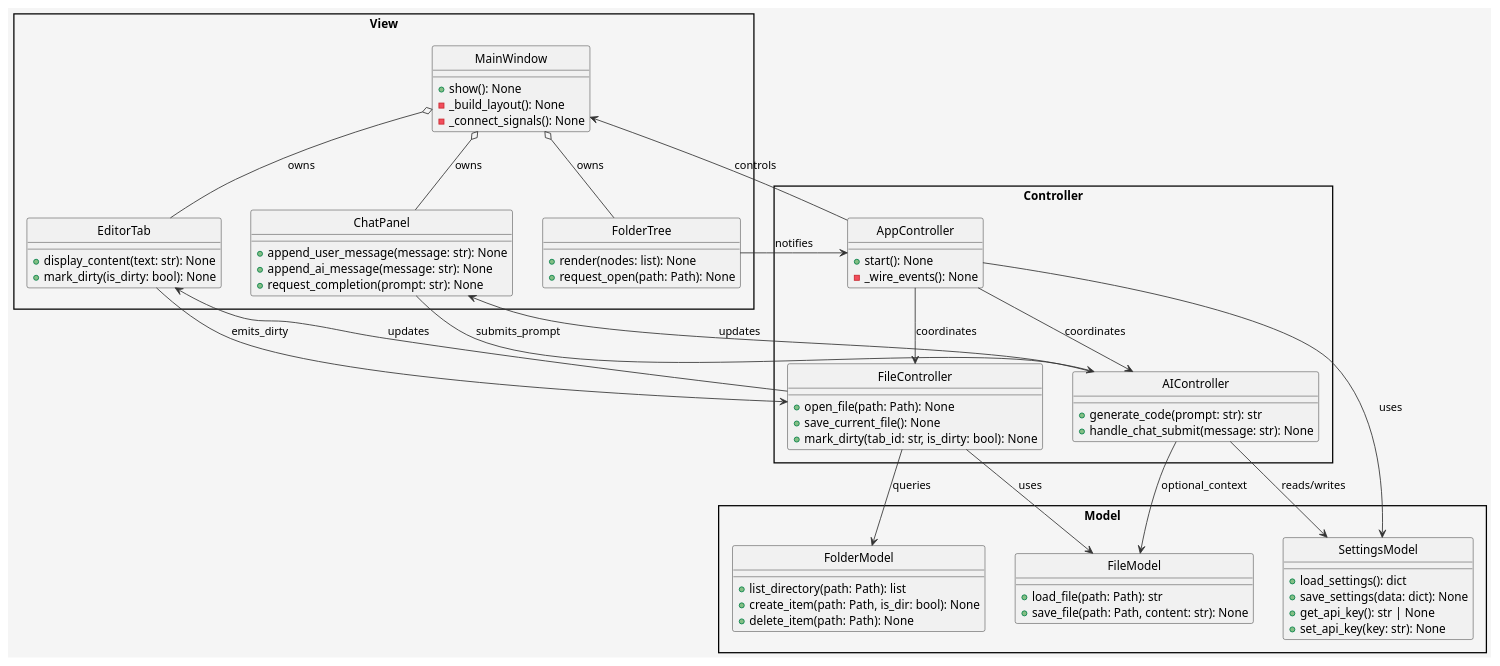
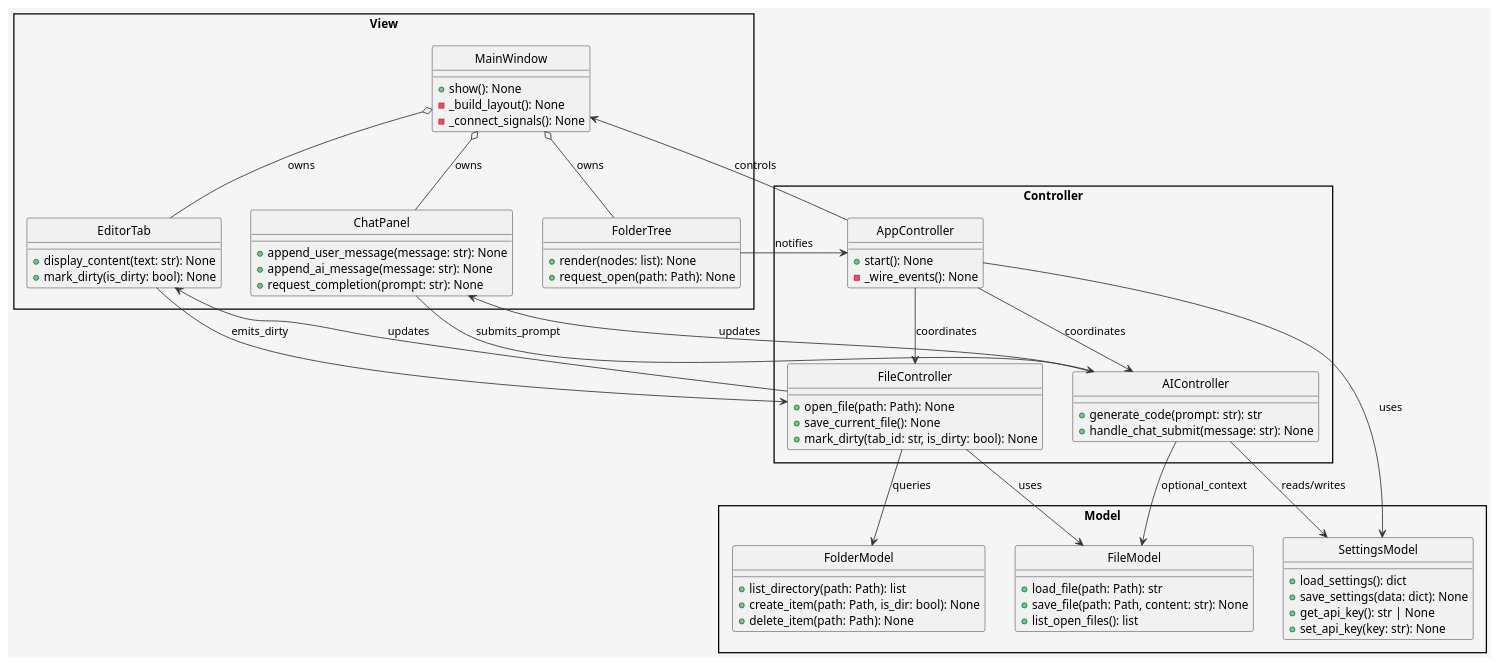
One commit to tt2tt/my_editor changed the diagram in design/architecture.puml. Above: the diagram before and after it, drawn with PlantUML. The commit also changed 6 other files, not shown here.

```diff
--- a/design/architecture.puml
+++ b/design/architecture.puml
@@ -1,93 +1,94 @@
 @startuml ArchitectureDiagram
 ' MVC構造のクラス図。ControllerがModelとView間の仲介を行う。
 skinparam style strictuml
 skinparam packageStyle rectangle
 skinparam backgroundColor #f5f5f5
 skinparam ArrowColor #333333
 skinparam ArrowThickness 1
 skinparam defaultTextAlignment center
 
 package "Model" {
   class FileModel {
     +load_file(path: Path): str
     +save_file(path: Path, content: str): None
+    +list_open_files(): list
   }
 
   class FolderModel {
     +list_directory(path: Path): list
     +create_item(path: Path, is_dir: bool): None
     +delete_item(path: Path): None
   }
 
   class SettingsModel {
     +load_settings(): dict
     +save_settings(data: dict): None
     +get_api_key(): str | None
     +set_api_key(key: str): None
   }
 }
 
 package "View" {
   class MainWindow {
     +show(): None
     -_build_layout(): None
     -_connect_signals(): None
   }
 
   class EditorTab {
     +display_content(text: str): None
     +mark_dirty(is_dirty: bool): None
   }
 
   class FolderTree {
     +render(nodes: list): None
     +request_open(path: Path): None
   }
 
   class ChatPanel {
     +append_user_message(message: str): None
     +append_ai_message(message: str): None
     +request_completion(prompt: str): None
   }
 }
 
 package "Controller" {
   class AppController {
     +start(): None
     -_wire_events(): None
   }
 
   class FileController {
     +open_file(path: Path): None
     +save_current_file(): None
     +mark_dirty(tab_id: str, is_dirty: bool): None
   }
 
   class AIController {
     +generate_code(prompt: str): str
     +handle_chat_submit(message: str): None
   }
 }
 
 AppController --> MainWindow : controls
 AppController --> FileController : coordinates
 AppController --> AIController : coordinates
 AppController --> SettingsModel : uses
 
 FileController --> FileModel : uses
 FileController --> EditorTab : updates
 FileController --> FolderModel : queries
 
 AIController --> ChatPanel : updates
 AIController --> SettingsModel : reads/writes
 AIController --> FileModel : optional_context
 
 MainWindow o-- EditorTab : owns
 MainWindow o-- FolderTree : owns
 MainWindow o-- ChatPanel : owns
 
 FolderTree --> AppController : notifies
 EditorTab --> FileController : emits_dirty
 ChatPanel --> AIController : submits_prompt
 
 @enduml
```
